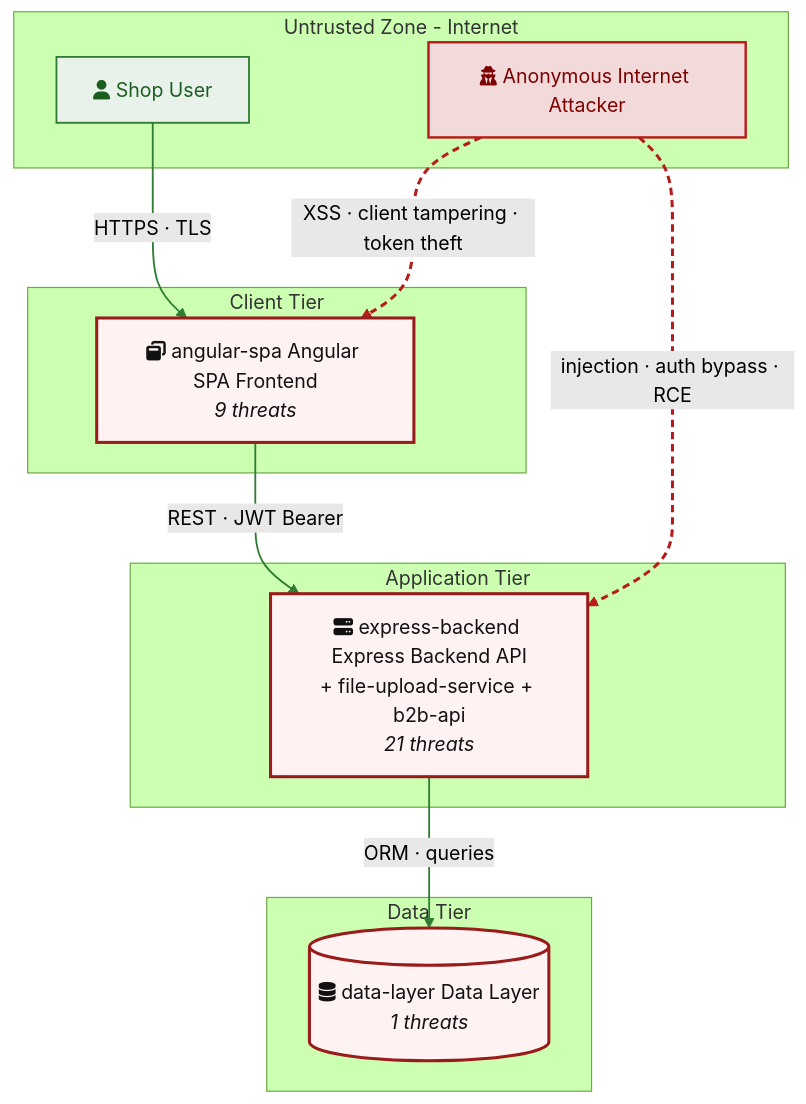
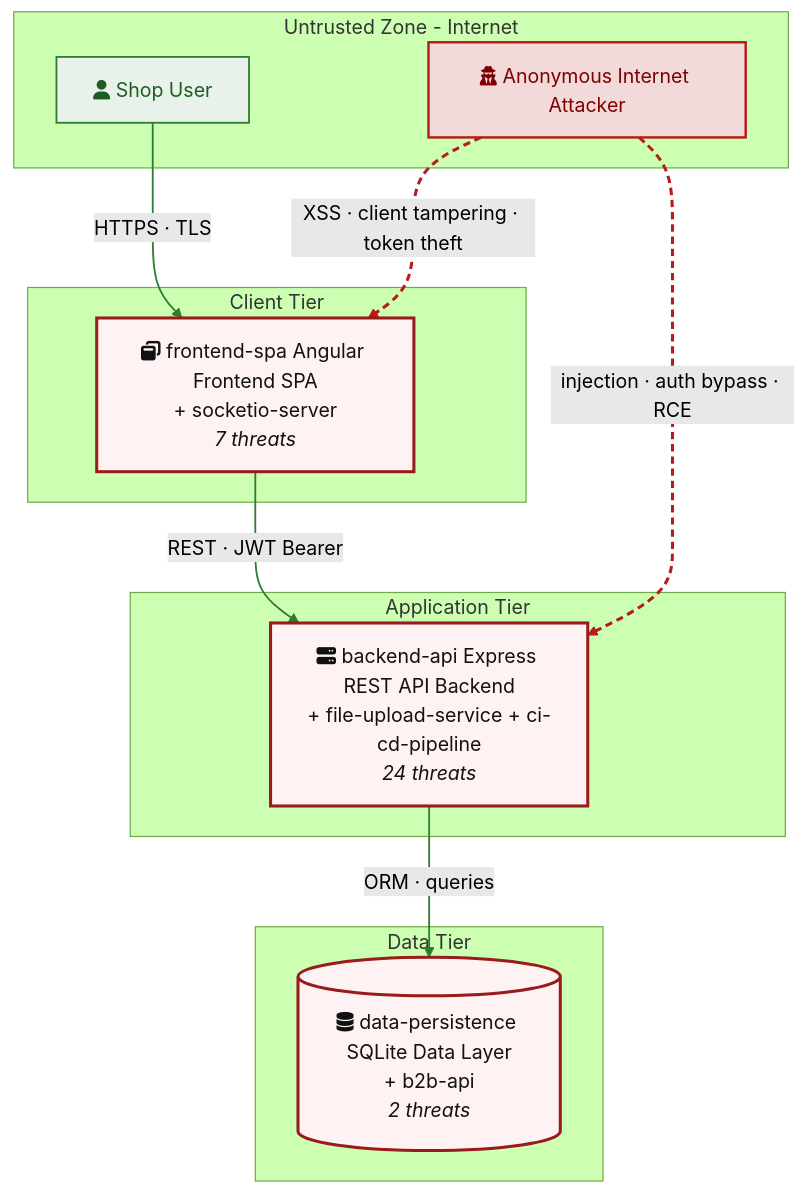
One commit to appsec-foundry/appsec-advisor changed the sixth of 27 diagrams in examples/threat-modeler/threat-model-juice-shop-standard.md. Above: the diagram before and after it, drawn with Mermaid (forest theme). The commit also changed other lines of this file and 3 other files, not shown here.

````diff
--- a/examples/threat-modeler/threat-model-juice-shop-standard.md
+++ b/examples/threat-modeler/threat-model-juice-shop-standard.md
@@ -411,28 +487,28 @@
 ```mermaid
 flowchart TD
     subgraph EXT["Untrusted Zone - Internet"]
         INTERNET_ANON["fa:fa-user-secret Anonymous Internet Attacker"]:::threat
         VICTIM_REQUIRED["fa:fa-user Shop User"]:::legit
     end
     subgraph CLIENT["Client Tier"]
-        angular_spa["fa:fa-window-restore angular-spa Angular SPA Frontend<br/><i>9 threats</i>"]:::risk
+        frontend_spa["fa:fa-window-restore frontend-spa Angular Frontend SPA<br/>+ socketio-server<br/><i>7 threats</i>"]:::risk
     end
     subgraph APP["Application Tier"]
-        express_backend["fa:fa-server express-backend Express Backend API<br/>+ file-upload-service + b2b-api<br/><i>21 threats</i>"]:::risk
+        backend_api["fa:fa-server backend-api Express REST API Backend<br/>+ file-upload-service + ci-cd-pipeline<br/><i>24 threats</i>"]:::risk
     end
     subgraph DATA["Data Tier"]
-        data_layer[("fa:fa-database data-layer Data Layer<br/><i>1 threats</i>")]:::risk
+        data_persistence[("fa:fa-database data-persistence SQLite Data Layer<br/>+ b2b-api<br/><i>2 threats</i>")]:::risk
     end
-    VICTIM_REQUIRED -->|"HTTPS · TLS"| angular_spa
-    angular_spa -->|"REST · JWT Bearer"| express_backend
-    express_backend -->|"ORM · queries"| data_layer
-    INTERNET_ANON -.->|"injection · auth bypass · RCE"| express_backend
-    INTERNET_ANON -.->|"XSS · client tampering · token theft"| angular_spa
+    VICTIM_REQUIRED -->|"HTTPS · TLS"| frontend_spa
+    frontend_spa -->|"REST · JWT Bearer"| backend_api
+    backend_api -->|"ORM · queries"| data_persistence
+    INTERNET_ANON -.->|"injection · auth bypass · RCE"| backend_api
+    INTERNET_ANON -.->|"XSS · client tampering · token theft"| frontend_spa
 
     classDef legit fill:#e8f1ea,stroke:#2e7d32,color:#1b5e20,stroke-width:1.5px
     classDef threat fill:#f3dada,stroke:#b71c1c,color:#7f0000,stroke-width:2px
     classDef external fill:#f2f2f2,stroke:#424242,color:#212121,stroke-width:1.5px
     classDef risk fill:#fef2f2,stroke:#991b1b,color:#111,stroke-width:2.5px
     linkStyle 0,1,2 stroke:#2e7d32,stroke-width:1.5px
     linkStyle 3,4 stroke:#b71c1c,stroke-width:2.5px,stroke-dasharray:6 4
 ```
````
